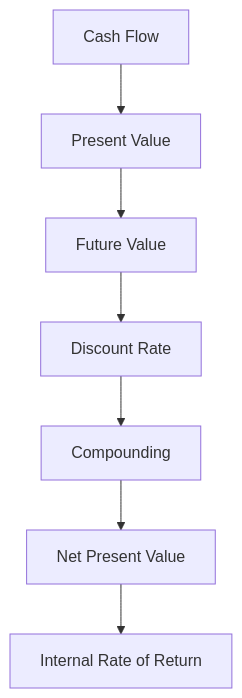
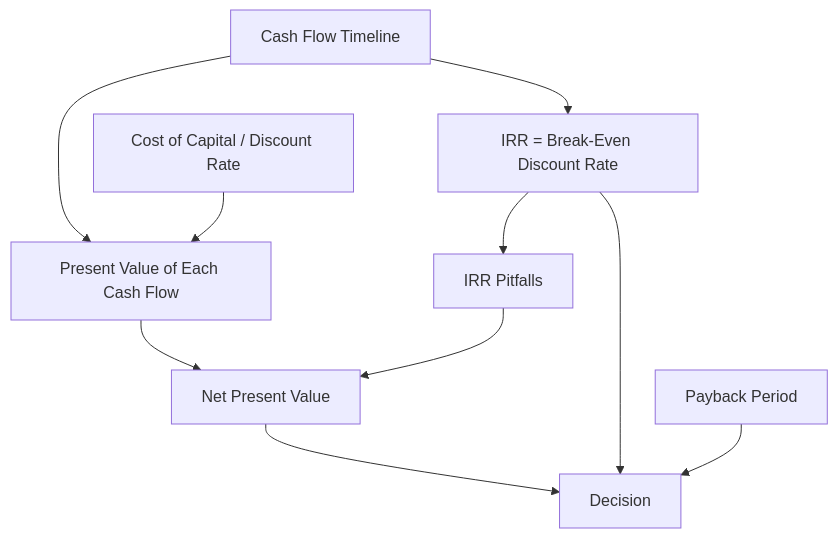
The diagram in finance-and-investment-management/wiki/session-03-04-investment-analysis/CONTEXT.md (aerkn1/TUM-semester-2), drawn with Mermaid before and after one commit. The commit also changed other lines of this file and 7 other files, not shown here.

````diff
--- a/finance-and-investment-management/wiki/session-03-04-investment-analysis/CONTEXT.md
+++ b/finance-and-investment-management/wiki/session-03-04-investment-analysis/CONTEXT.md
@@ -52,16 +61,21 @@
 ```mermaid
 flowchart TD
-    N1[Cash Flow]
-    N2[Present Value]
-    N1 --> N2
-    N3[Future Value]
-    N2 --> N3
-    N4[Discount Rate]
-    N3 --> N4
-    N5[Compounding]
-    N4 --> N5
-    N6[Net Present Value]
-    N5 --> N6
-    N7[Internal Rate of Return]
-    N6 --> N7
+    CF[Cash Flow Timeline]
+    RATE[Cost of Capital / Discount Rate]
+    PV[Present Value of Each Cash Flow]
+    NPV[Net Present Value]
+    IRR[IRR = Break-Even Discount Rate]
+    RULE[Decision]
+    PAY[Payback Period]
+    PIT[IRR Pitfalls]
+
+    CF --> PV
+    RATE --> PV
+    PV --> NPV
+    CF --> IRR
+    NPV --> RULE
+    IRR --> RULE
+    PAY --> RULE
+    IRR --> PIT
+    PIT --> NPV
 ```
````
